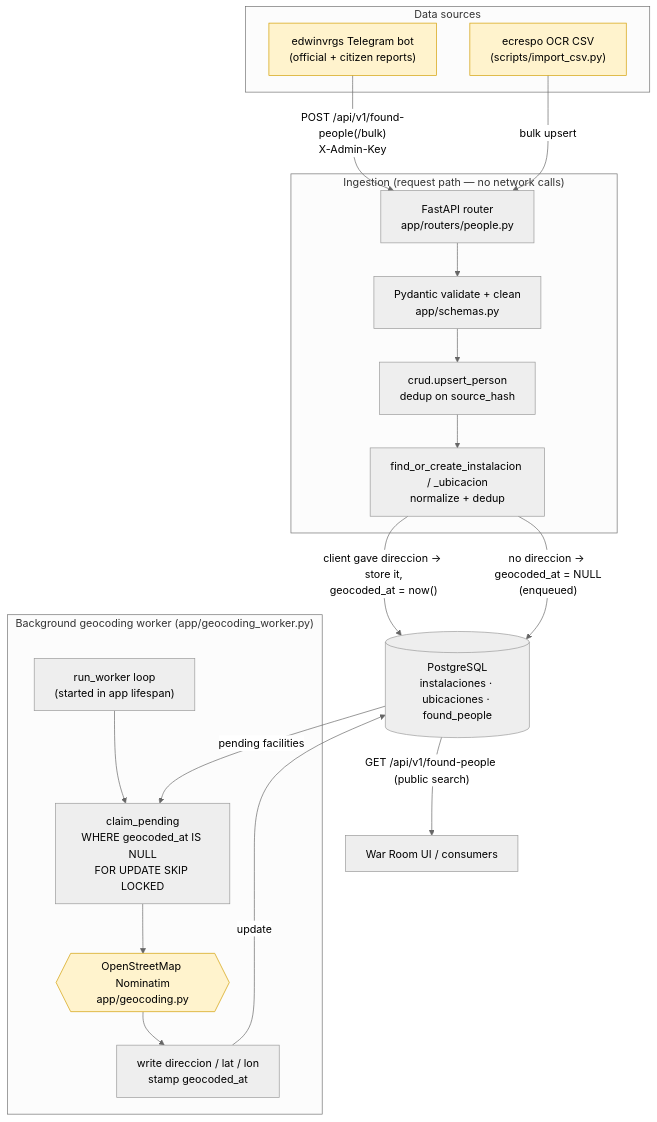
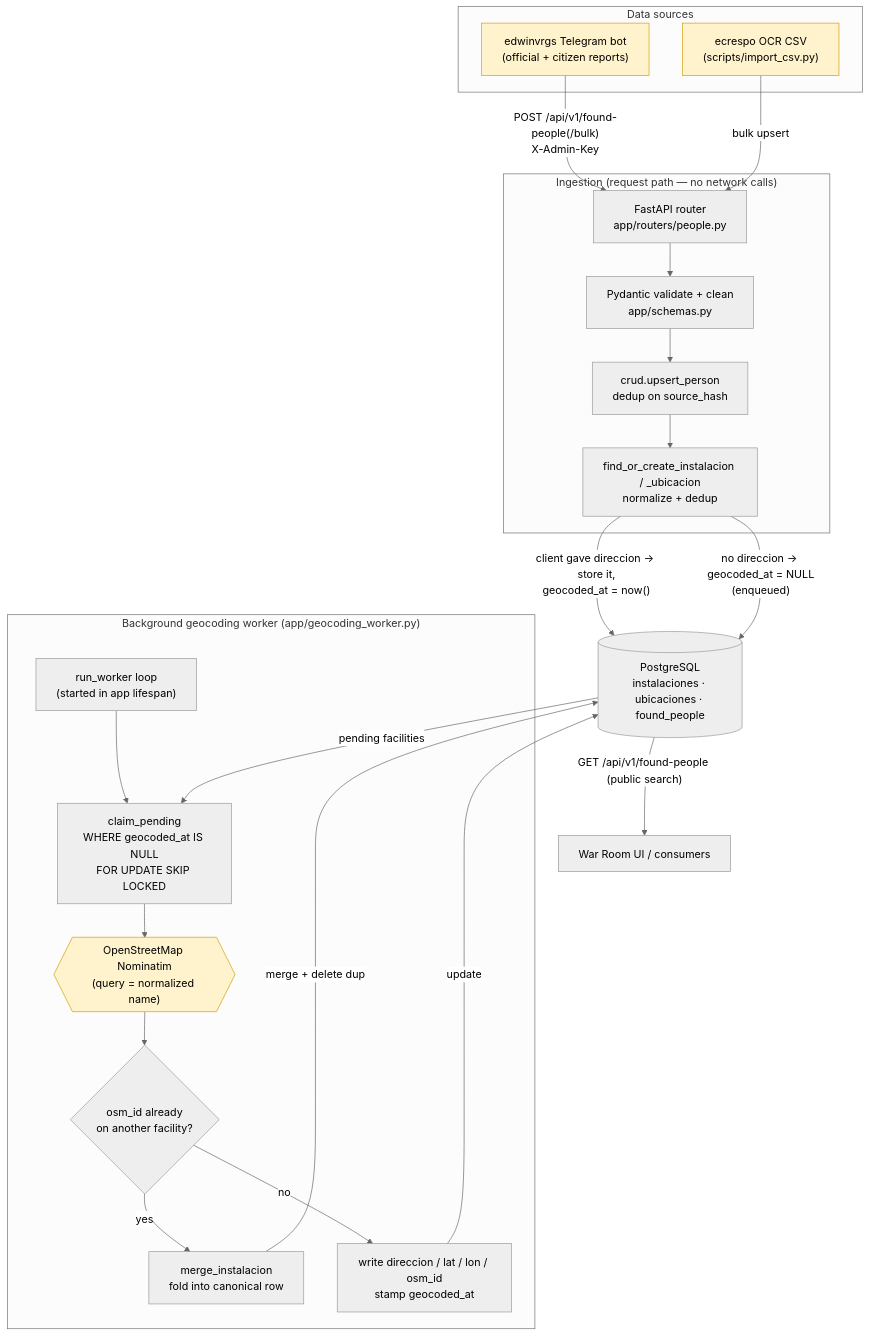
The diagram in docs/etl-diagram.md (venezuela-war-room/api), drawn with Mermaid (neutral theme) before and after one commit. The commit also changed other lines of this file and 14 other files, not shown here.

````diff
--- a/docs/etl-diagram.md
+++ b/docs/etl-diagram.md
@@ -6,39 +6,44 @@
 ```mermaid
 flowchart TD
     subgraph sources["Data sources"]
         BOT["edwinvrgs Telegram bot<br/>(official + citizen reports)"]
         OCR["ecrespo OCR CSV<br/>(scripts/import_csv.py)"]
     end
 
     BOT -->|"POST /api/v1/found-people(/bulk)<br/>X-Admin-Key"| API
     OCR -->|"bulk upsert"| API
 
     subgraph ingest["Ingestion (request path — no network calls)"]
         API["FastAPI router<br/>app/routers/people.py"]
         VALIDATE["Pydantic validate + clean<br/>app/schemas.py"]
         UPSERT["crud.upsert_person<br/>dedup on source_hash"]
         FACILITY["find_or_create_instalacion / _ubicacion<br/>normalize + dedup"]
         API --> VALIDATE --> UPSERT --> FACILITY
     end
 
     FACILITY -->|"client gave direccion → store it,<br/>geocoded_at = now()"| DB
     FACILITY -->|"no direccion → geocoded_at = NULL<br/>(enqueued)"| DB
 
     DB[("PostgreSQL<br/>instalaciones · ubicaciones · found_people")]
 
     subgraph worker["Background geocoding worker (app/geocoding_worker.py)"]
         LOOP["run_worker loop<br/>(started in app lifespan)"]
         CLAIM["claim_pending<br/>WHERE geocoded_at IS NULL<br/>FOR UPDATE SKIP LOCKED"]
-        OSM{{"OpenStreetMap Nominatim<br/>app/geocoding.py"}}
-        WRITE["write direccion / lat / lon<br/>stamp geocoded_at"]
-        LOOP --> CLAIM --> OSM --> WRITE
+        OSM{{"OpenStreetMap Nominatim<br/>(query = normalized name)"}}
+        DEDUP{"osm_id already<br/>on another facility?"}
+        MERGE["merge_instalacion<br/>fold into canonical row"]
+        WRITE["write direccion / lat / lon / osm_id<br/>stamp geocoded_at"]
+        LOOP --> CLAIM --> OSM --> DEDUP
+        DEDUP -->|"yes"| MERGE
+        DEDUP -->|"no"| WRITE
     end
 
     DB -->|"pending facilities"| CLAIM
     WRITE -->|"update"| DB
+    MERGE -->|"merge + delete dup"| DB
 
     DB -->|"GET /api/v1/found-people (public search)"| CONSUMERS["War Room UI / consumers"]
 
     classDef ext fill:#fff3cd,stroke:#d39e00;
     class OSM,BOT,OCR ext;
 ```
````
